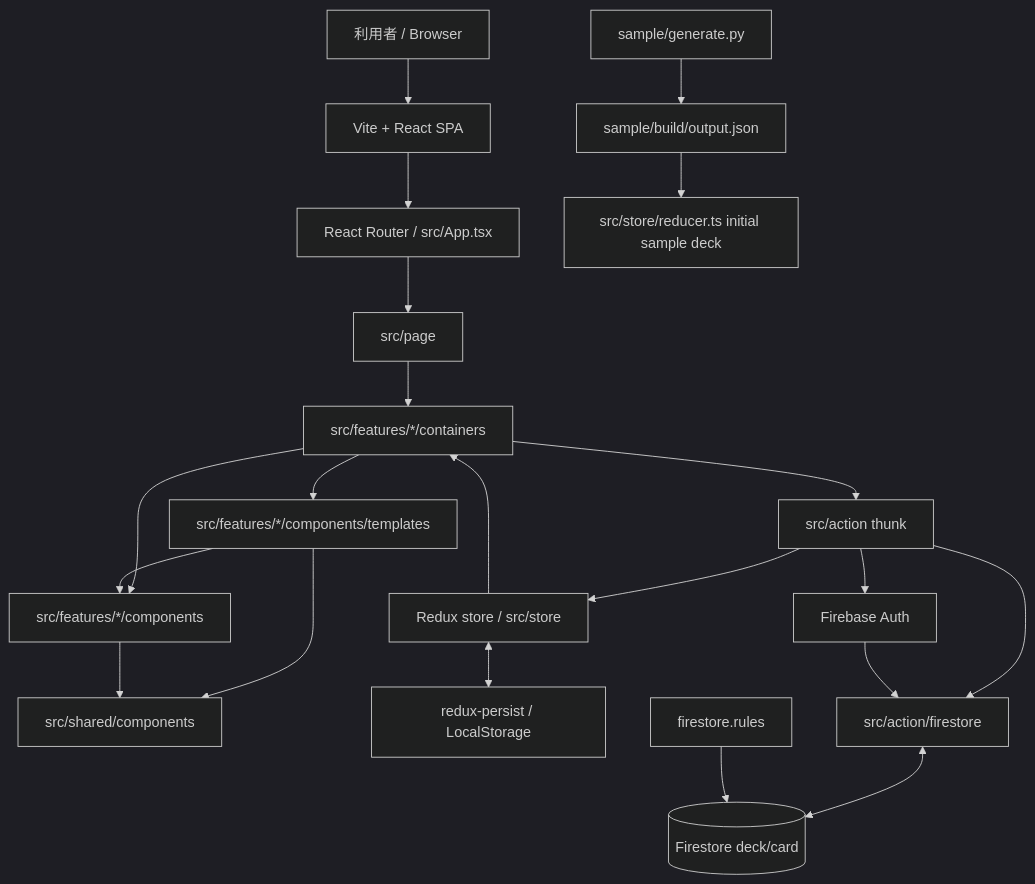
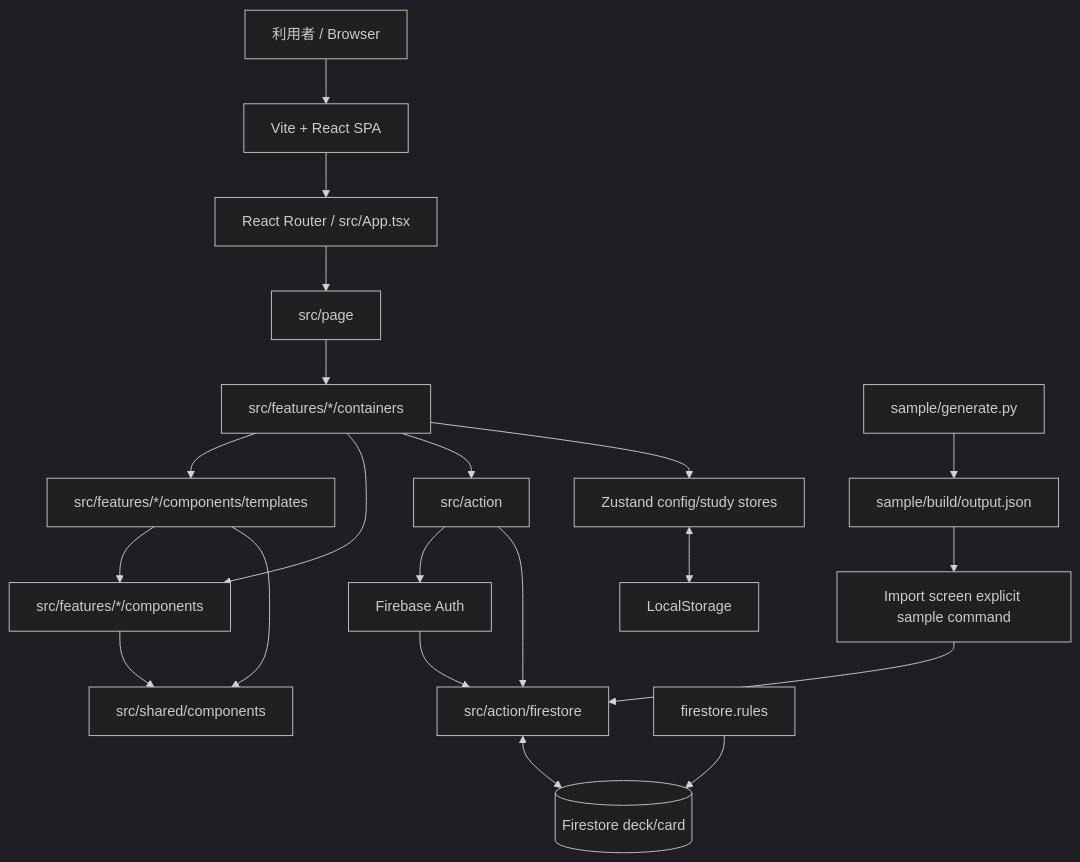
One commit to her0e1c1/tango changed the first of 3 diagrams in docs/summary/architecture.md. Above: the diagram before and after it, drawn with Mermaid (dark theme). The commit also changed other lines of this file and 91 other files, not shown here.

````diff
--- a/docs/summary/architecture.md
+++ b/docs/summary/architecture.md
@@ -5,27 +5,27 @@
 ```mermaid
 flowchart TD
     User[利用者 / Browser] --> SPA[Vite + React SPA]
     SPA --> Router[React Router / src/App.tsx]
     Router --> Pages[src/page]
     Pages --> Containers[src/features/*/containers]
     Containers --> Templates[src/features/*/components/templates]
     Containers --> FeatureUI[src/features/*/components]
     Templates --> FeatureUI
     Templates --> SharedUI[src/shared/components]
     FeatureUI --> SharedUI
 
-    Containers --> Actions[src/action thunk]
-    Actions --> Store[Redux store / src/store]
-    Store --> Containers
-    Store <--> Persist[redux-persist / LocalStorage]
+    Containers --> Actions[src/action]
+    Containers --> Zustand[Zustand config/study stores]
+    Zustand <--> Persist[LocalStorage]
 
     Actions --> FirebaseAuth[Firebase Auth]
     Actions --> FirestoreGateway[src/action/firestore]
     FirestoreGateway <--> Firestore[(Firestore deck/card)]
     FirebaseAuth --> FirestoreGateway
 
     SamplePy[sample/generate.py] --> SampleJson[sample/build/output.json]
-    SampleJson --> Reducer[src/store/reducer.ts initial sample deck]
+    SampleJson --> Import[Import screen explicit sample command]
+    Import --> FirestoreGateway
 
     FirestoreRules[firestore.rules] --> Firestore
 ```
````
